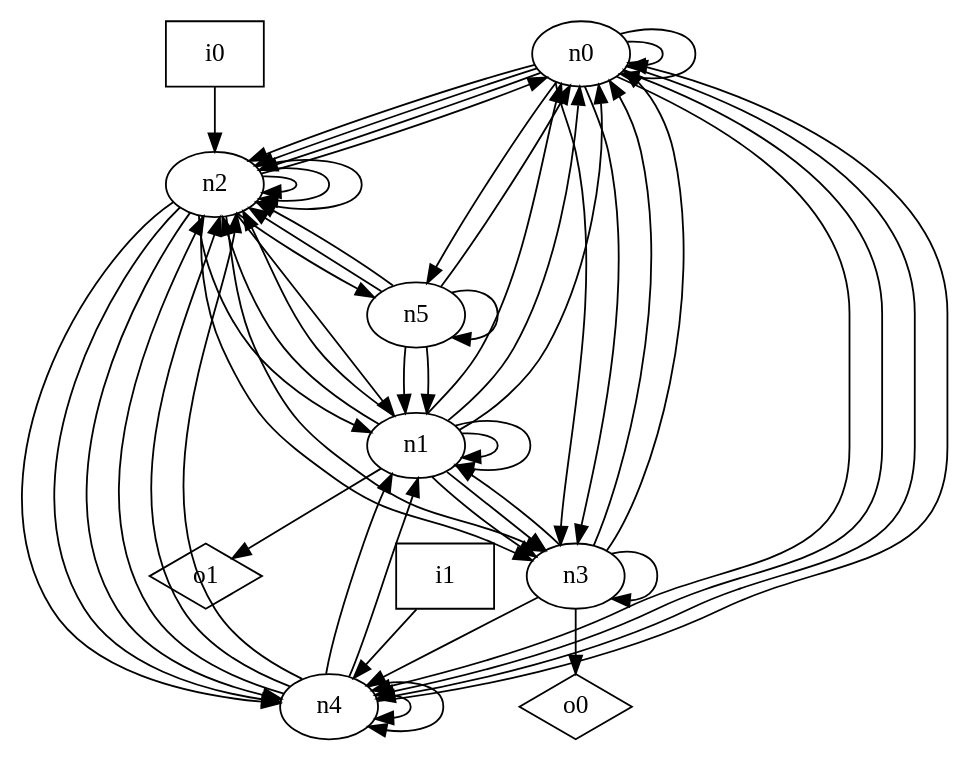
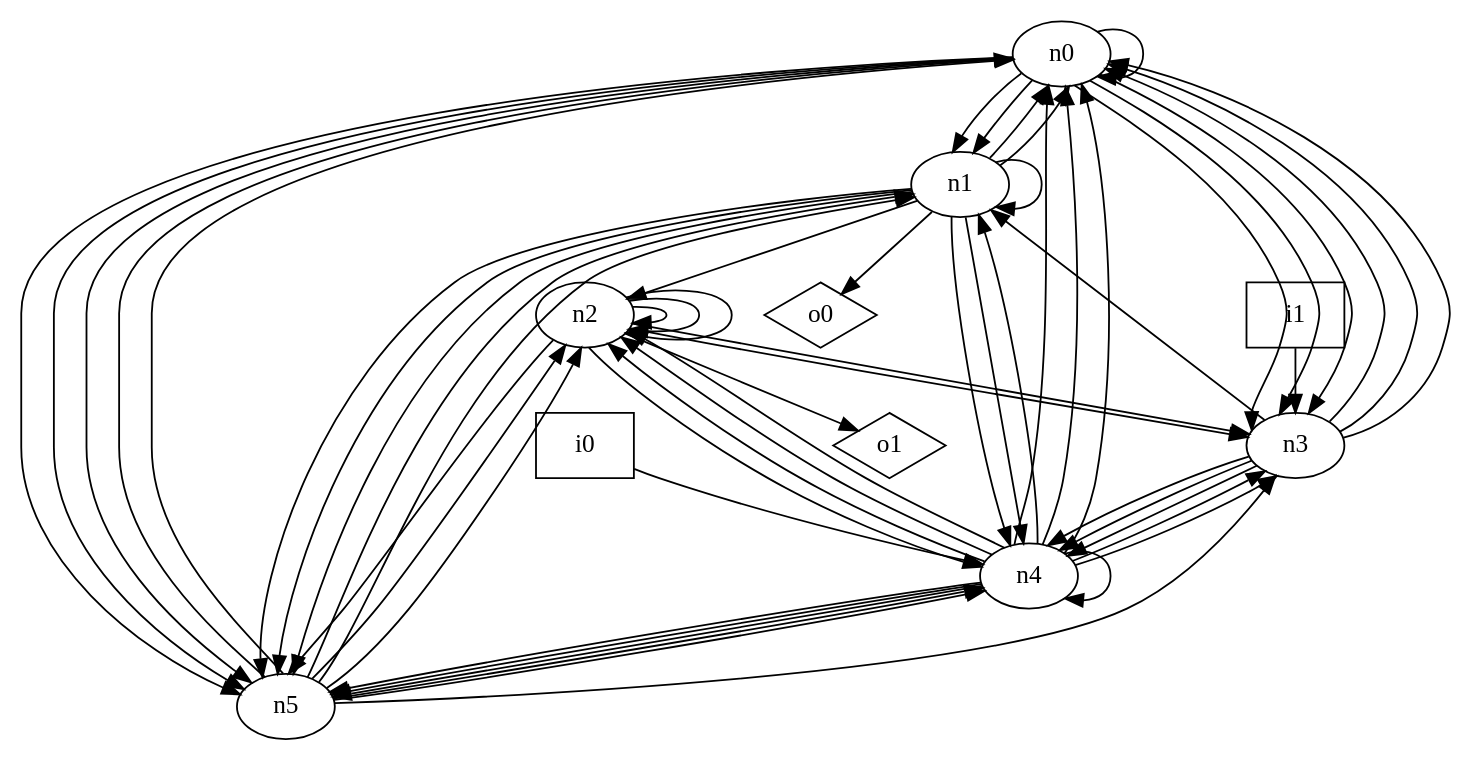
Before and after one commit to p9romain/bool-circuits: the diagram in dot_files/random/random_graph.dot, drawn with Graphviz. The commit also changed 30 other files, not shown here.

```diff
--- a/dot_files/random/random_graph.dot
+++ b/dot_files/random/random_graph.dot
@@ -1,67 +1,70 @@
 digraph G {
 n0 [label="n0"];
 n1 [label="n1"];
 n2 [label="n2"];
 n3 [label="n3"];
 n4 [label="n4"];
 n5 [label="n5"];
 n6 [label="i0",shape="box"];
 n7 [label="i1",shape="box"];
 n8 [label="o0",shape="diamond"];
 n9 [label="o1",shape="diamond"];
 n0 -> n0
-n0 -> n0
-n0 -> n2
-n0 -> n2
-n0 -> n2
+n0 -> n1
+n0 -> n1
 n0 -> n3
 n0 -> n3
-n0 -> n4
-n0 -> n4
-n0 -> n4
+n0 -> n3
+n0 -> n5
+n0 -> n5
 n0 -> n5
 n1 -> n0
 n1 -> n0
-n1 -> n0
-n1 -> n1
 n1 -> n1
 n1 -> n2
-n1 -> n2
-n1 -> n3
-n1 -> n3
-n1 -> n9
-n2 -> n0
-n2 -> n1
-n2 -> n1
+n1 -> n4
+n1 -> n4
+n1 -> n5
+n1 -> n5
+n1 -> n5
+n1 -> n8
 n2 -> n2
 n2 -> n2
 n2 -> n2
 n2 -> n3
 n2 -> n3
 n2 -> n4
-n2 -> n4
-n2 -> n4
 n2 -> n5
+n2 -> n9
+n3 -> n0
 n3 -> n0
 n3 -> n0
 n3 -> n1
-n3 -> n3
 n3 -> n4
-n3 -> n8
+n3 -> n4
+n3 -> n4
 n4 -> n0
-n4 -> n1
+n4 -> n0
+n4 -> n0
 n4 -> n1
 n4 -> n2
 n4 -> n2
 n4 -> n2
+n4 -> n3
+n4 -> n3
 n4 -> n4
-n4 -> n4
+n4 -> n5
+n4 -> n5
+n4 -> n5
+n5 -> n0
 n5 -> n0
 n5 -> n1
 n5 -> n1
 n5 -> n2
 n5 -> n2
-n5 -> n5
-n6 -> n2
-n7 -> n4
+n5 -> n3
+n5 -> n4
+n5 -> n4
+n6 -> n4
+n7 -> n3
 }
```
